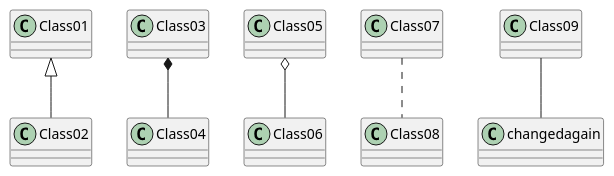
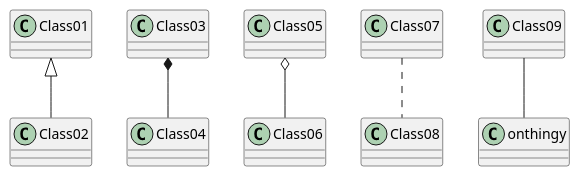
The diagram in meilenstein_03/test.puml (weichware10/meilensteine), drawn with PlantUML before and after one commit.

Commit message:
one thingy changed

```diff
--- a/meilenstein_03/test.puml
+++ b/meilenstein_03/test.puml
@@ -1,7 +1,7 @@
 @startuml test
 Class01 <|-- Class02
 Class03 *-- Class04
 Class05 o-- Class06
 Class07 .. Class08
-Class09 -- changedagain
+Class09 -- onthingy
 @enduml
```
